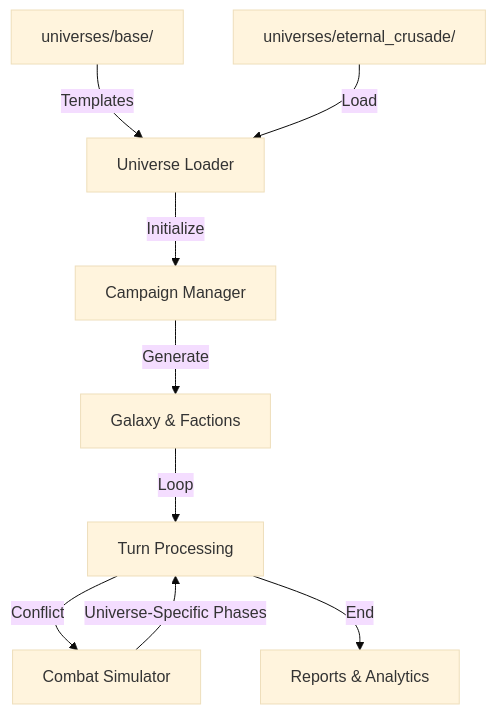
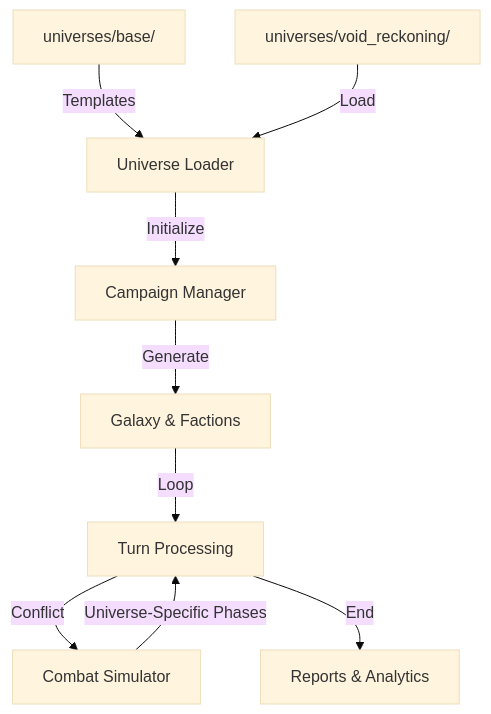
The diagram in public_docs/PROJECT_STRUCTURE.md (JaySpiffy/void-reckoning-engine), drawn with Mermaid (base theme) before and after one commit. The commit also changed other lines of this file and 2 other files, not shown here.

Commit message:
docs: align void_reckoning commands and onboarding

````diff
--- a/public_docs/PROJECT_STRUCTURE.md
+++ b/public_docs/PROJECT_STRUCTURE.md
@@ -56,11 +56,11 @@
 ```mermaid
 graph TD
     A[universes/base/] -->|Templates| B[Universe Loader]
-    C[universes/eternal_crusade/] -->|Load| B
+    C[universes/void_reckoning/] -->|Load| B
     B -->|Initialize| E[Campaign Manager]
     E -->|Generate| F[Galaxy & Factions]
     F -->|Loop| G[Turn Processing]
     G -->|Conflict| H[Combat Simulator]
     H -->|Universe-Specific Phases| G
     G -->|End| I[Reports & Analytics]
 ```
````
